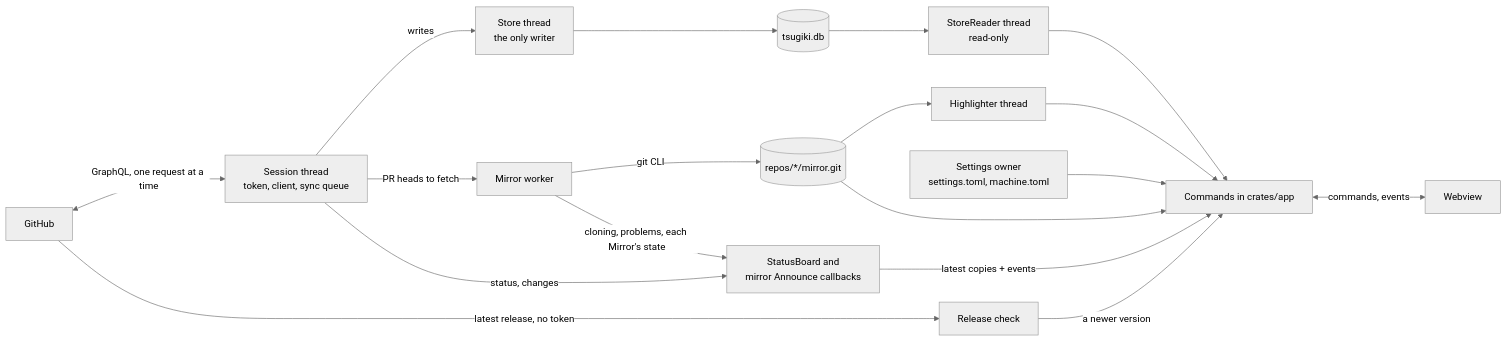
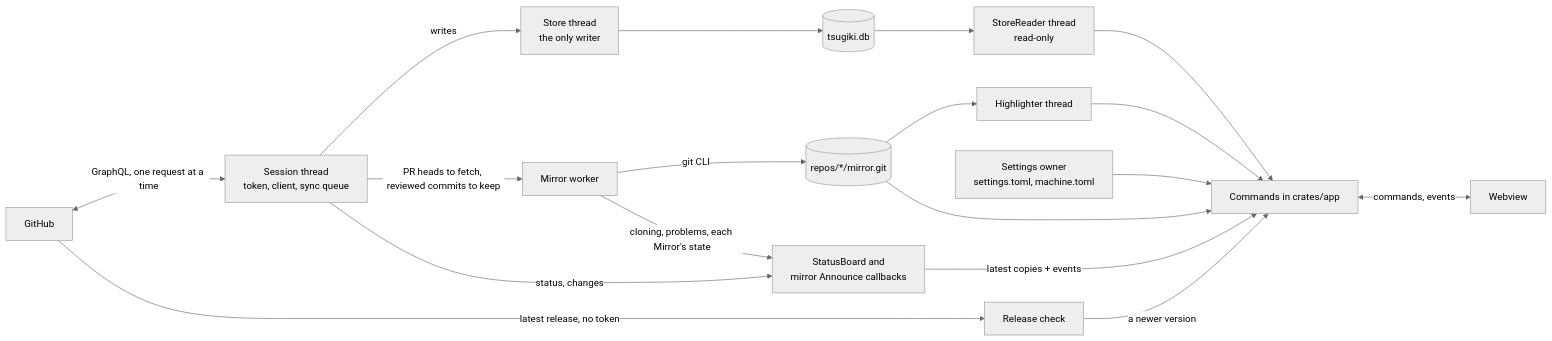
Before and after one commit to tsugiki/tsugiki: the diagram in docs/architecture.md, drawn with Mermaid (neutral theme). The commit also changed other lines of this file and 16 other files, not shown here.

First line of the commit message:
Keep each reviewed commit in the Mirror (#650)

````diff
--- a/docs/architecture.md
+++ b/docs/architecture.md
@@ -35,20 +35,20 @@
 ```mermaid
 flowchart LR
     gh[GitHub] <-->|GraphQL, one request at a time| session
     session[Session thread<br>token, client, sync queue] -->|writes| store[Store thread<br>the only writer]
     store --> db[(tsugiki.db)]
     db --> reader[StoreReader thread<br>read-only]
-    session -->|PR heads to fetch| mirrors[Mirror worker]
+    session -->|PR heads to fetch, reviewed commits to keep| mirrors[Mirror worker]
     mirrors -->|git CLI| git[("repos/*/mirror.git")]
     session -->|status, changes| board[StatusBoard and<br>mirror Announce callbacks]
     mirrors -->|cloning, problems, each Mirror's state| board
     board -->|latest copies + events| app[Commands in crates/app]
     reader --> app
     git --> highlighter[Highlighter thread]
     git --> app
     highlighter --> app
     settings[Settings owner<br>settings.toml, machine.toml] --> app
     gh -->|latest release, no token| releases[Release check]
     releases -->|a newer version| app
     app <-->|commands, events| ui[Webview]
 ```
````
